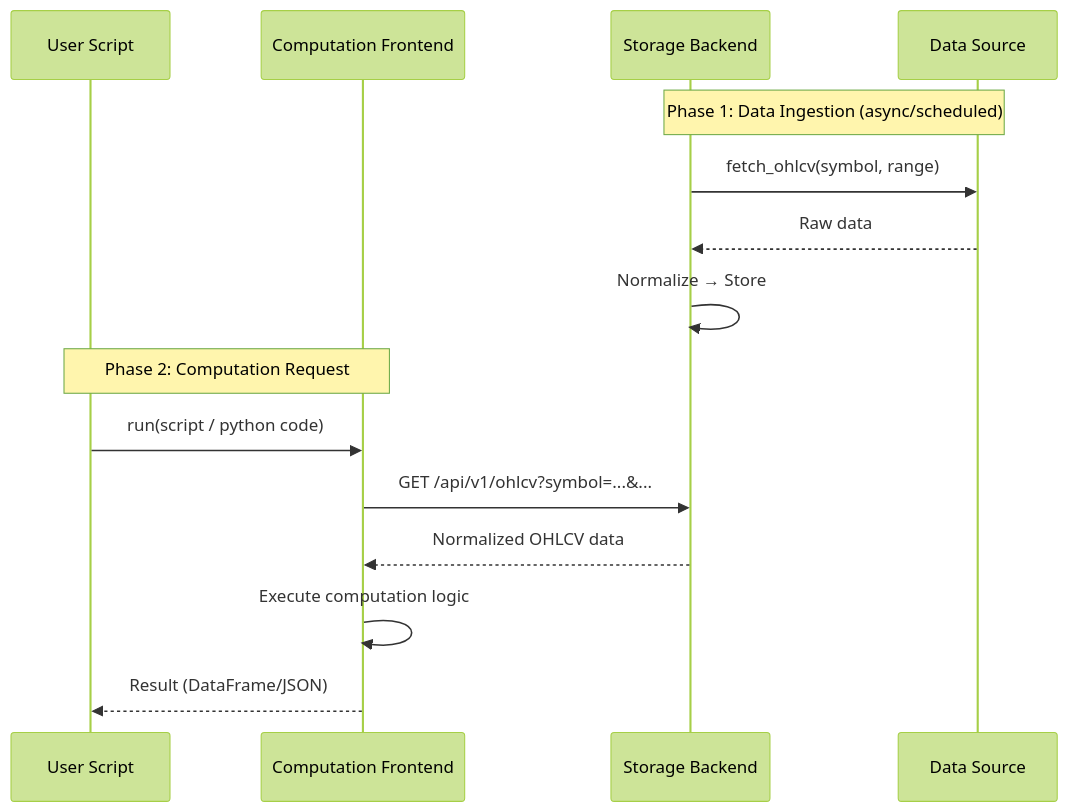
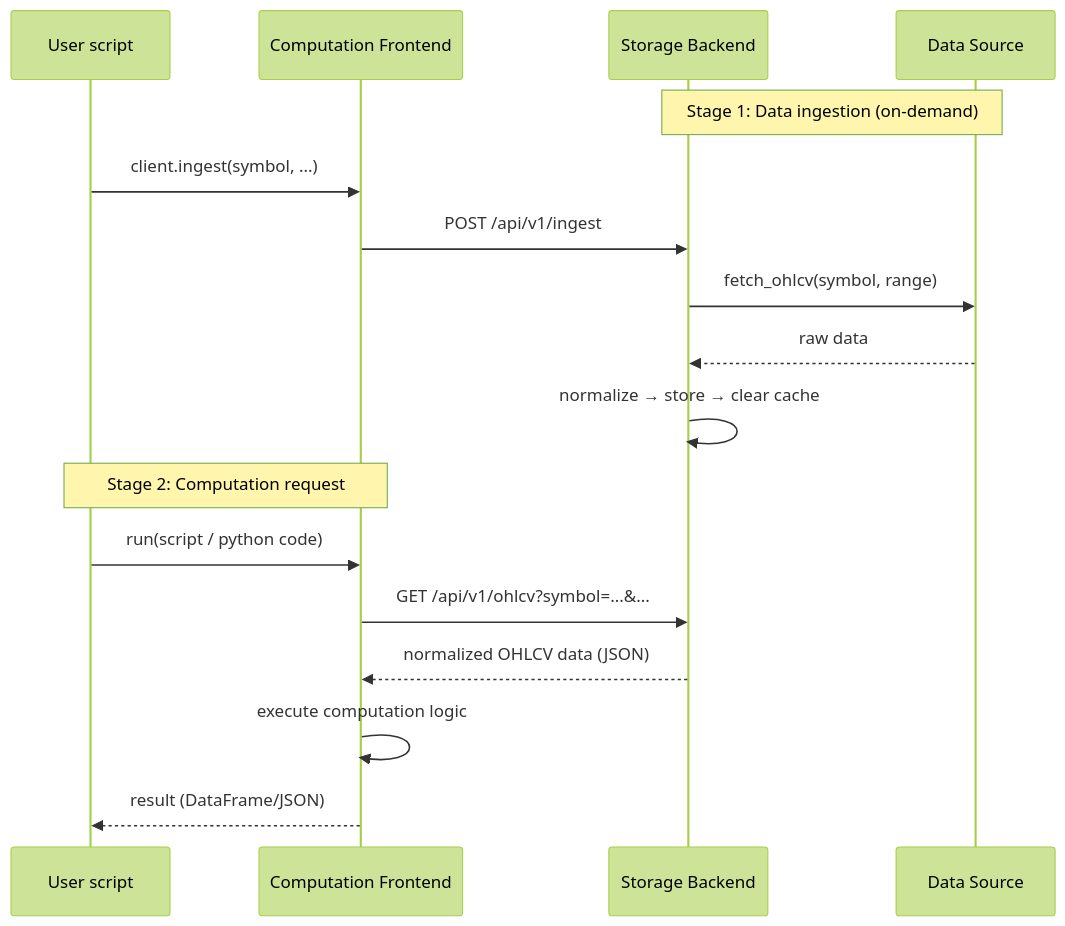
The third of 23 diagrams in DESIGN.md (RESBI/StockStatistic), drawn with Mermaid (forest theme) before and after one commit. The commit also changed other lines of this file and 12 other files, not shown here.

````diff
--- a/DESIGN.md
+++ b/DESIGN.md
@@ -165,19 +152,21 @@
 ```mermaid
 sequenceDiagram
-    participant User as User Script
+    participant User as User script
     participant FE as Computation Frontend
     participant BE as Storage Backend
     participant Src as Data Source
 
-    Note over BE,Src: Phase 1: Data Ingestion (async/scheduled)
+    Note over BE,Src: Stage 1: Data ingestion (on-demand)
+    User->>FE: client.ingest(symbol, ...)
+    FE->>BE: POST /api/v1/ingest
     BE->>Src: fetch_ohlcv(symbol, range)
-    Src-->>BE: Raw data
-    BE->>BE: Normalize → Store
+    Src-->>BE: raw data
+    BE->>BE: normalize → store → clear cache
 
-    Note over User,FE: Phase 2: Computation Request
+    Note over User,FE: Stage 2: Computation request
     User->>FE: run(script / python code)
     FE->>BE: GET /api/v1/ohlcv?symbol=...&...
-    BE-->>FE: Normalized OHLCV data
-    FE->>FE: Execute computation logic
-    FE-->>User: Result (DataFrame/JSON)
+    BE-->>FE: normalized OHLCV data (JSON)
+    FE->>FE: execute computation logic
+    FE-->>User: result (DataFrame/JSON)
 ```
````
